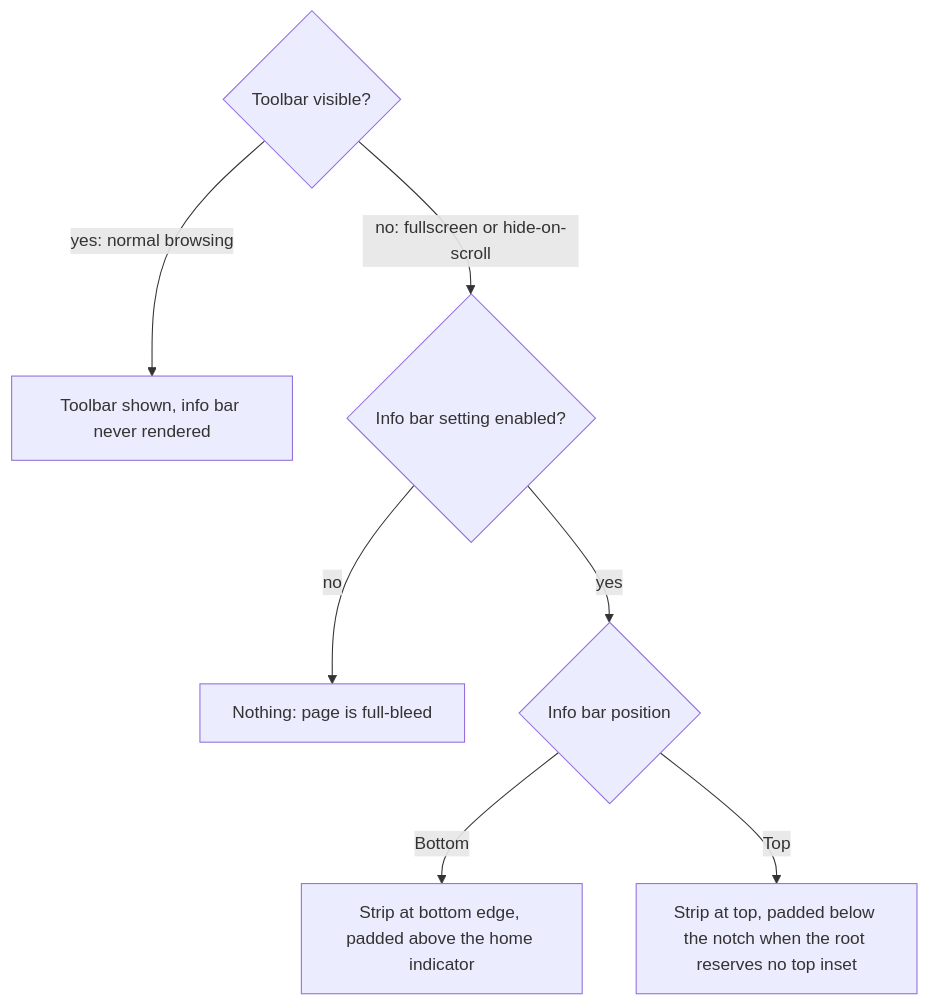
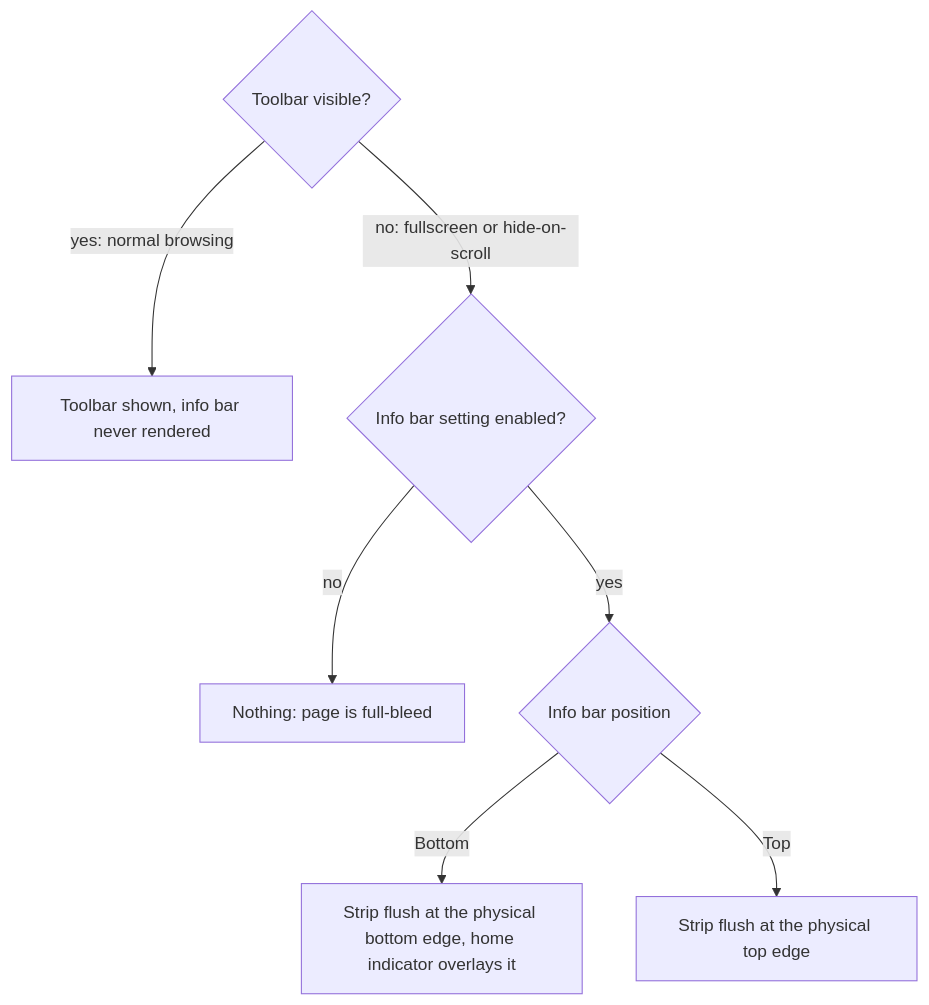
Before and after one commit to plateaukao/ADR: the diagram in einkbro-ios-infobar-visibility.md, drawn with Mermaid. The commit also changed other lines of this file, not shown here.

````diff
--- a/einkbro-ios-infobar-visibility.md
+++ b/einkbro-ios-infobar-visibility.md
@@ -15,9 +15,9 @@
 ```mermaid
 flowchart TD
     A{Toolbar visible?} -- yes: normal browsing --> B[Toolbar shown, info bar never rendered]
     A -- no: fullscreen or hide-on-scroll --> C{Info bar setting enabled?}
     C -- no --> D[Nothing: page is full-bleed]
     C -- yes --> E{Info bar position}
-    E -- Bottom --> F[Strip at bottom edge, padded above the home indicator]
-    E -- Top --> G[Strip at top, padded below the notch when the root reserves no top inset]
+    E -- Bottom --> F[Strip flush at the physical bottom edge, home indicator overlays it]
+    E -- Top --> G[Strip flush at the physical top edge]
 ```
````
